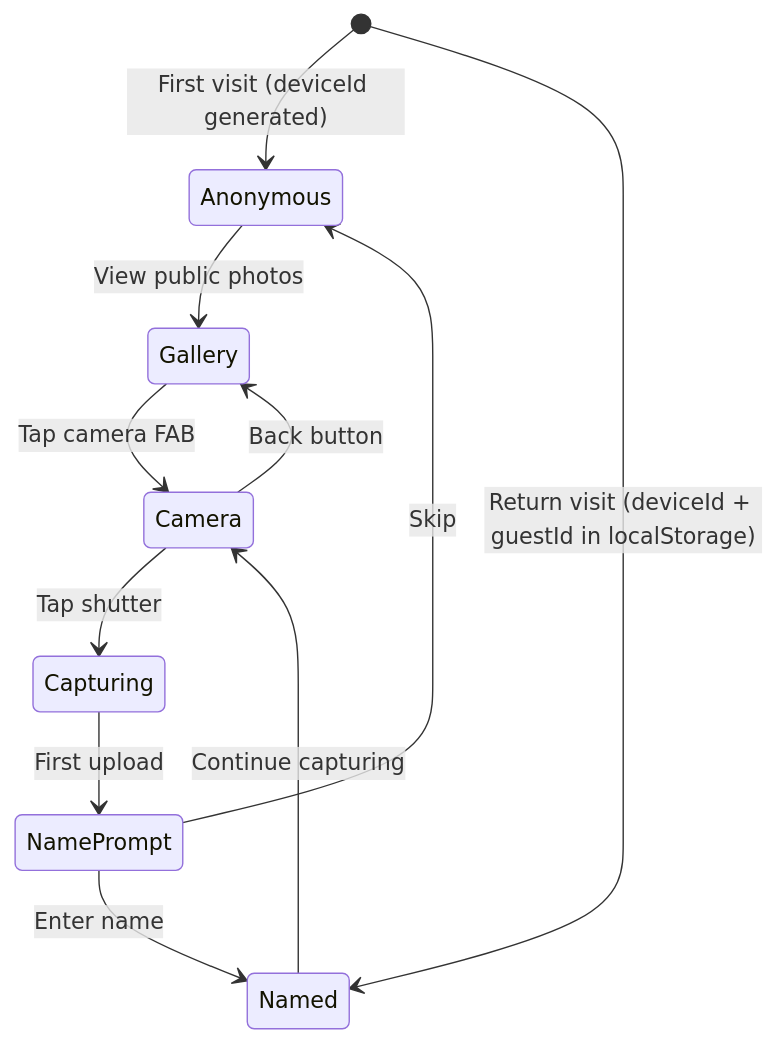
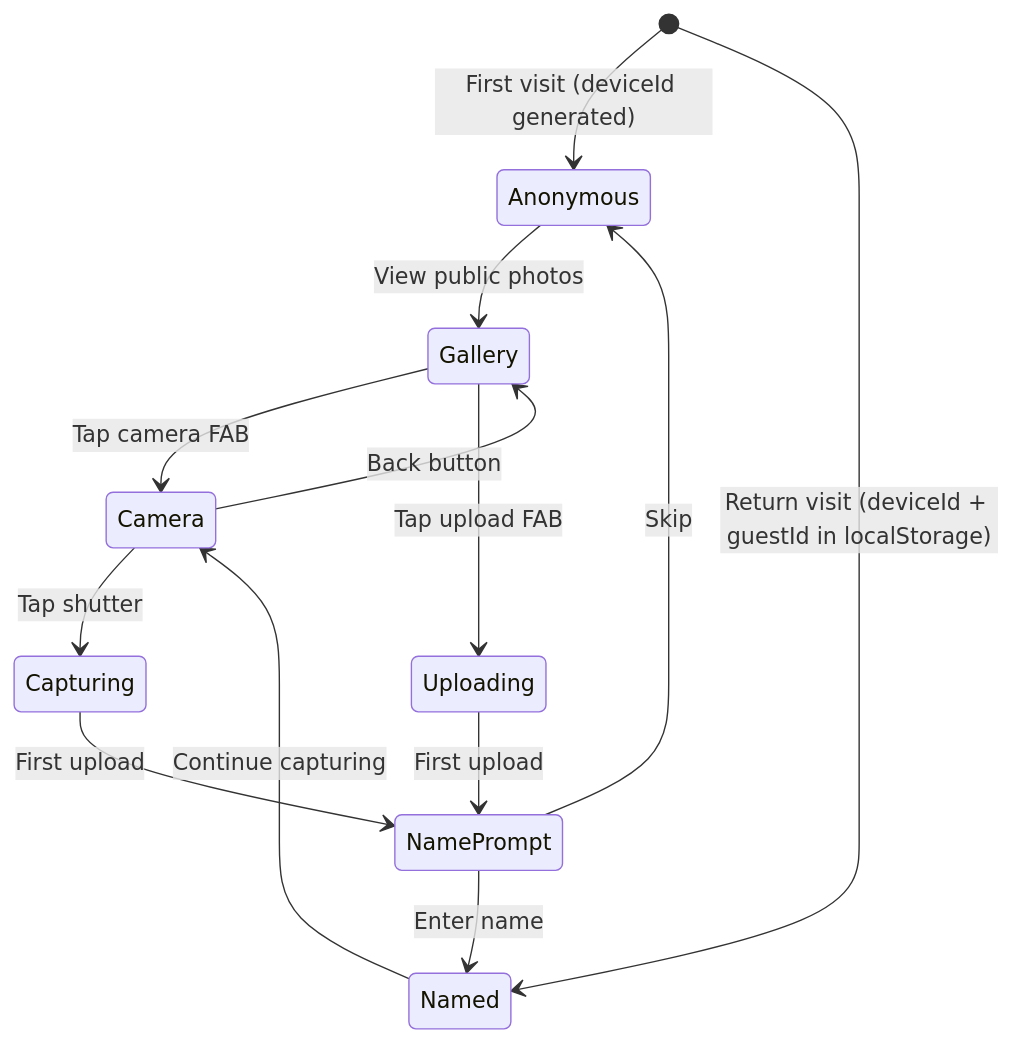
The tenth of 10 diagrams in docs/user-flows.md (nova-chrome/WeWitnessed), drawn with Mermaid before and after one commit. The commit also changed other lines of this file and 4 other files, not shown here.

````diff
--- a/docs/user-flows.md
+++ b/docs/user-flows.md
@@ -153,14 +173,16 @@
 ```mermaid
 stateDiagram-v2
     [*] --> Anonymous: First visit (deviceId generated)
     Anonymous --> Gallery: View public photos
     Gallery --> Camera: Tap camera FAB
+    Gallery --> Uploading: Tap upload FAB
     Camera --> Capturing: Tap shutter
+    Uploading --> NamePrompt: First upload
     Capturing --> NamePrompt: First upload
     NamePrompt --> Named: Enter name
     NamePrompt --> Anonymous: Skip
     Named --> Camera: Continue capturing
     Camera --> Gallery: Back button
 
     [*] --> Named: Return visit (deviceId + guestId in localStorage)
 ```
````
